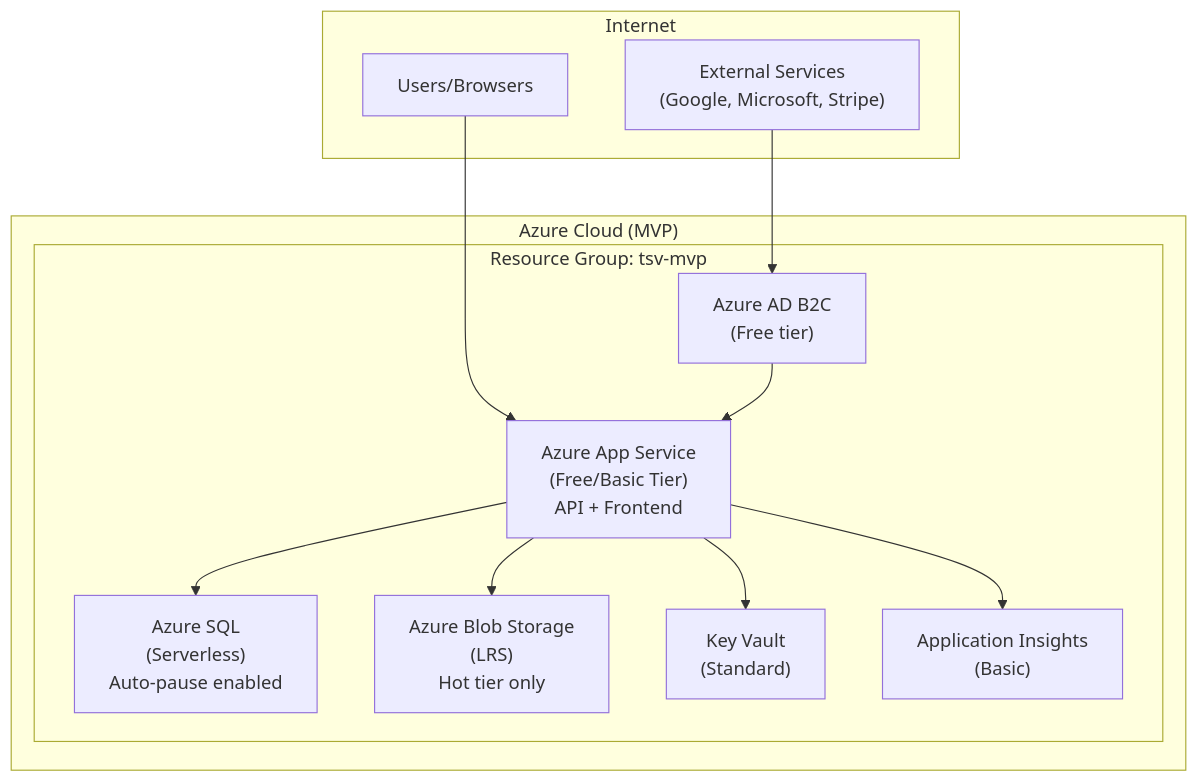
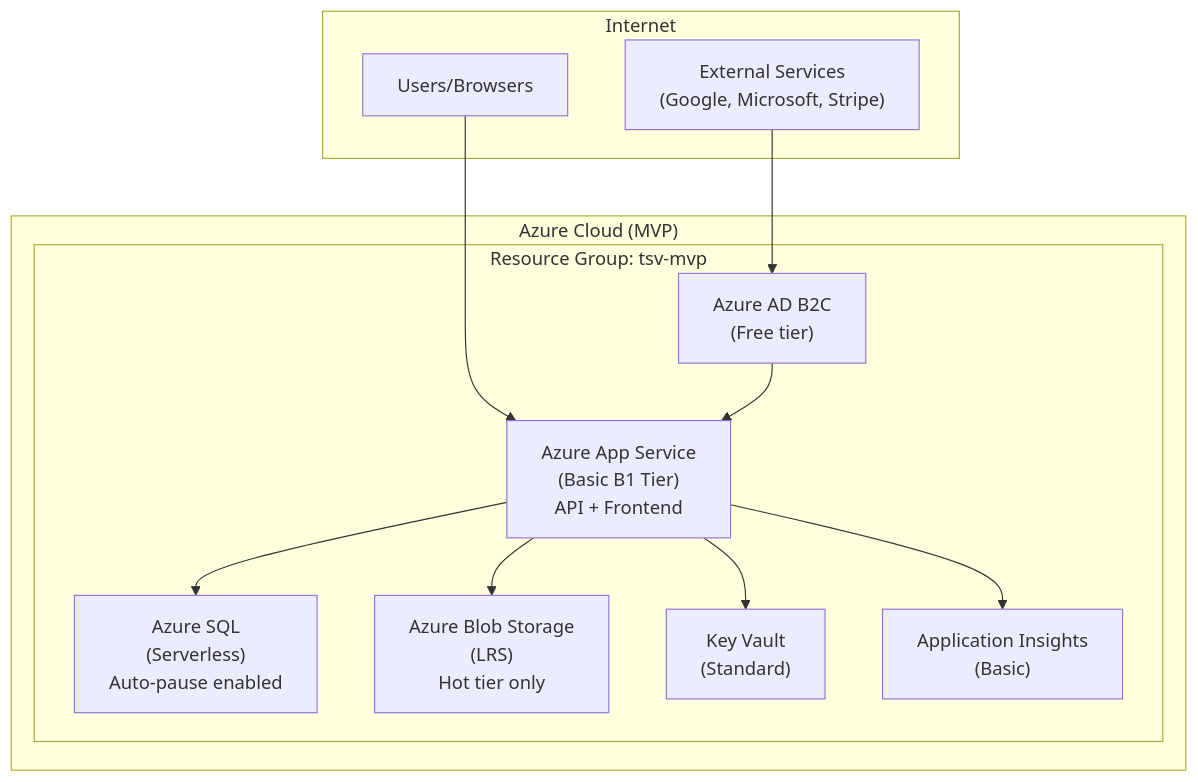
The first of 12 diagrams in docs/04-azure-setup-plan.md (larfjer/TimeSeriesViewer), drawn with Mermaid before and after one commit. The commit also changed other lines of this file, not shown here.

````diff
--- a/docs/04-azure-setup-plan.md
+++ b/docs/04-azure-setup-plan.md
@@ -26,31 +26,31 @@
 ```mermaid
 flowchart TB
     subgraph Internet["Internet"]
         Users["Users/Browsers"]
         External["External Services<br/>(Google, Microsoft, Stripe)"]
     end
 
     subgraph Azure["Azure Cloud (MVP)"]
         subgraph RG["Resource Group: tsv-mvp"]
-            AppService["Azure App Service<br/>(Free/Basic Tier)<br/>API + Frontend"]
+            AppService["Azure App Service<br/>(Basic B1 Tier)<br/>API + Frontend"]
             
             SQLServerless["Azure SQL<br/>(Serverless)<br/>Auto-pause enabled"]
             
             BlobStorage["Azure Blob Storage<br/>(LRS)<br/>Hot tier only"]
             
             B2C["Azure AD B2C<br/>(Free tier)"]
             
             KV["Key Vault<br/>(Standard)"]
             
             AppInsights["Application Insights<br/>(Basic)"]
         end
     end
 
     Users --> AppService
     External --> B2C
     B2C --> AppService
     AppService --> SQLServerless
     AppService --> BlobStorage
     AppService --> KV
     AppService --> AppInsights
 ```
````
